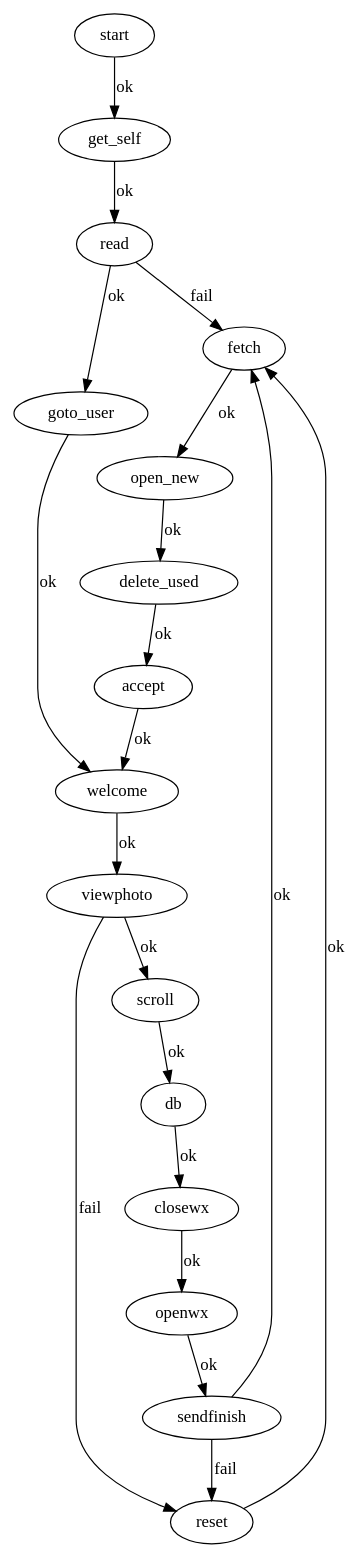
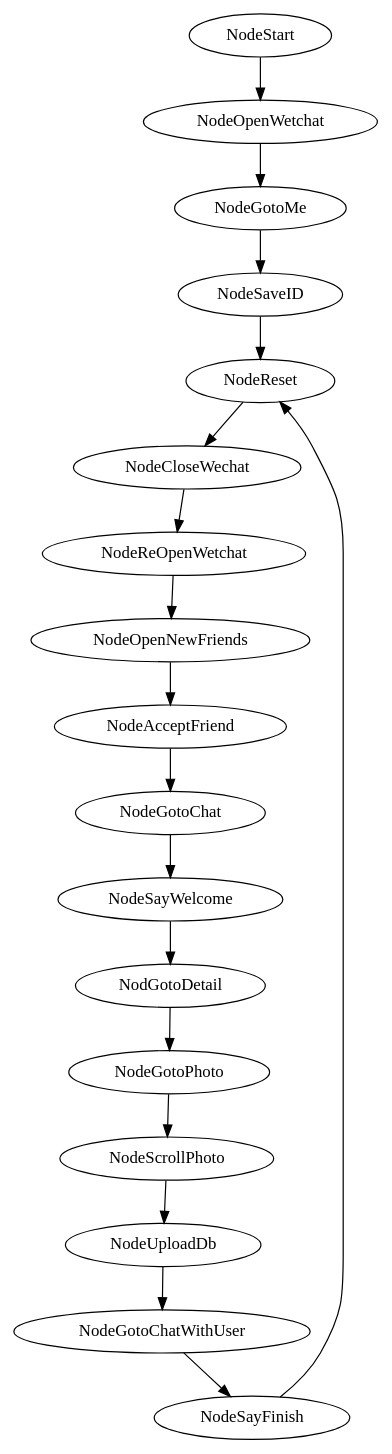
Before and after one commit to lncosie/Robot: the diagram in app/src/doc/graph.gv, drawn with Graphviz. The commit also changed 59 other files, not shown here.

```diff
--- a/app/src/doc/graph.gv
+++ b/app/src/doc/graph.gv
@@ -1,14 +1,17 @@
 digraph{
-	start->get_self->read[label="ok"]
 
-	read->fetch[label="fail"]
-	read->goto_user[label="ok"]
-	goto_user->welcome[label="ok"]
-	open_new->delete_used->accept->welcome->viewphoto->scroll->db->closewx->openwx->sendfinish->fetch[label="ok"]
 
-	reset->fetch->open_new[label="ok"]
-	viewphoto->reset[label="fail"]
-	sendfinish->reset[label="fail"]	
-	
+NodeStart->NodeOpenWetchat->
+NodeGotoMe->NodeSaveID[lable=ok]
+
+NodeSaveID->NodeReset
+NodeReset->NodeCloseWechat->NodeReOpenWetchat->
+NodeOpenNewFriends->NodeAcceptFriend
+
+NodeAcceptFriend->NodeGotoChat->NodeSayWelcome->NodGotoDetail->NodeGotoPhoto->NodeScrollPhoto
+
+
+NodeScrollPhoto->NodeUploadDb
+NodeUploadDb->NodeGotoChatWithUser->NodeSayFinish->NodeReset
 
 }
```
